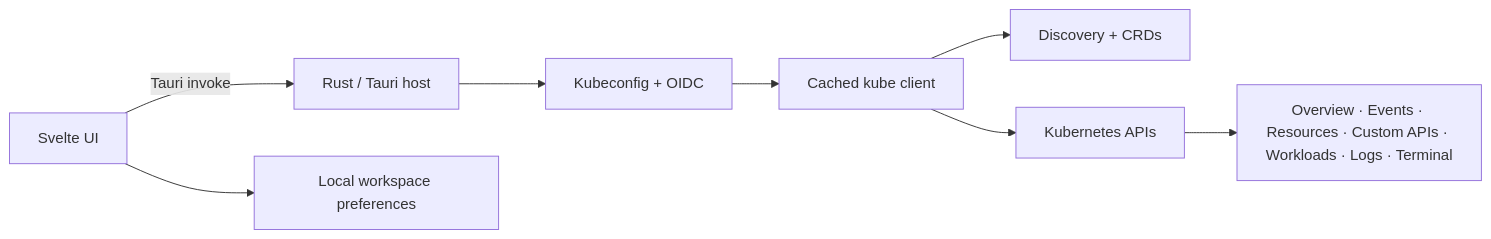
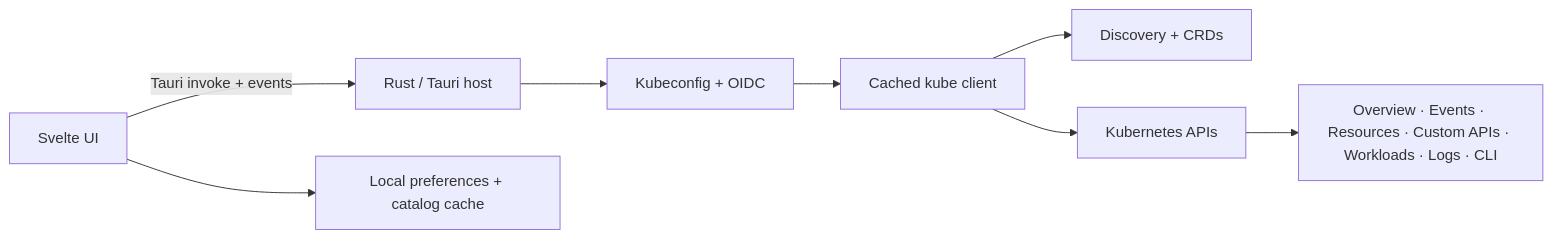
Before and after one commit to velqa/Kuberniva: the diagram in README.md, drawn with Mermaid. The commit also changed other lines of this file and 3 other files, not shown here.

````diff
--- a/README.md
+++ b/README.md
@@ -45,10 +74,10 @@
 ```mermaid
 flowchart LR
-    UI["Svelte UI"] -->|Tauri invoke| HOST["Rust / Tauri host"]
+    UI["Svelte UI"] -->|Tauri invoke + events| HOST["Rust / Tauri host"]
     HOST --> CONFIG["Kubeconfig + OIDC"]
     CONFIG --> CLIENT["Cached kube client"]
     CLIENT --> DISCOVERY["Discovery + CRDs"]
     CLIENT --> API["Kubernetes APIs"]
-    API --> FEATURES["Overview · Events · Resources · Custom APIs · Workloads · Logs · Terminal"]
-    UI --> PREFS["Local workspace preferences"]
+    API --> FEATURES["Overview · Events · Resources · Custom APIs · Workloads · Logs · CLI"]
+    UI --> PREFS["Local preferences + catalog cache"]
 ```
````
